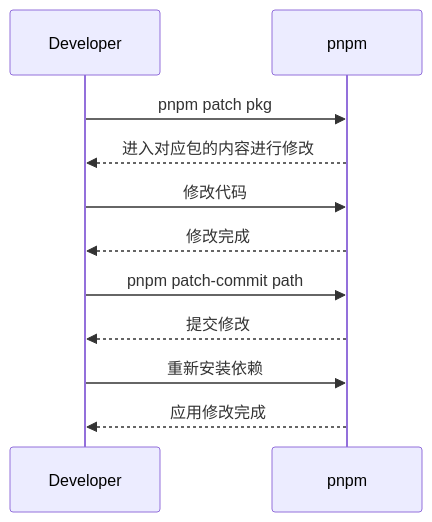
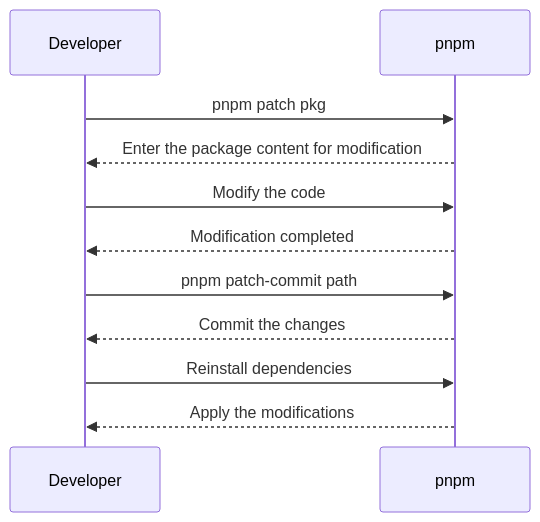
The diagram in pages/posts/pnpm-pkg.md (ryanuo/ryanuo.cc), drawn with Mermaid before and after one commit. The commit also changed other lines of this file and 1 other file, not shown here.

Commit message:
feat: Update the pnpm patching documentation title and content to enhance readability and accuracy.

````diff
--- a/pages/posts/pnpm-pkg.md
+++ b/pages/posts/pnpm-pkg.md
@@ -24,14 +24,14 @@
 ```mermaid
 sequenceDiagram
     participant Developer
     participant pnpm
 
     Developer ->> pnpm: pnpm patch pkg
-    pnpm -->> Developer: 进入对应包的内容进行修改
-    Developer ->> pnpm: 修改代码
-    pnpm -->> Developer: 修改完成
+    pnpm -->> Developer: Enter the package content for modification
+    Developer ->> pnpm: Modify the code
+    pnpm -->> Developer: Modification completed
     Developer ->> pnpm: pnpm patch-commit path
-    pnpm -->> Developer: 提交修改
-    Developer ->> pnpm: 重新安装依赖
-    pnpm -->> Developer: 应用修改完成
+    pnpm -->> Developer: Commit the changes
+    Developer ->> pnpm: Reinstall dependencies
+    pnpm -->> Developer: Apply the modifications
 ```
````
